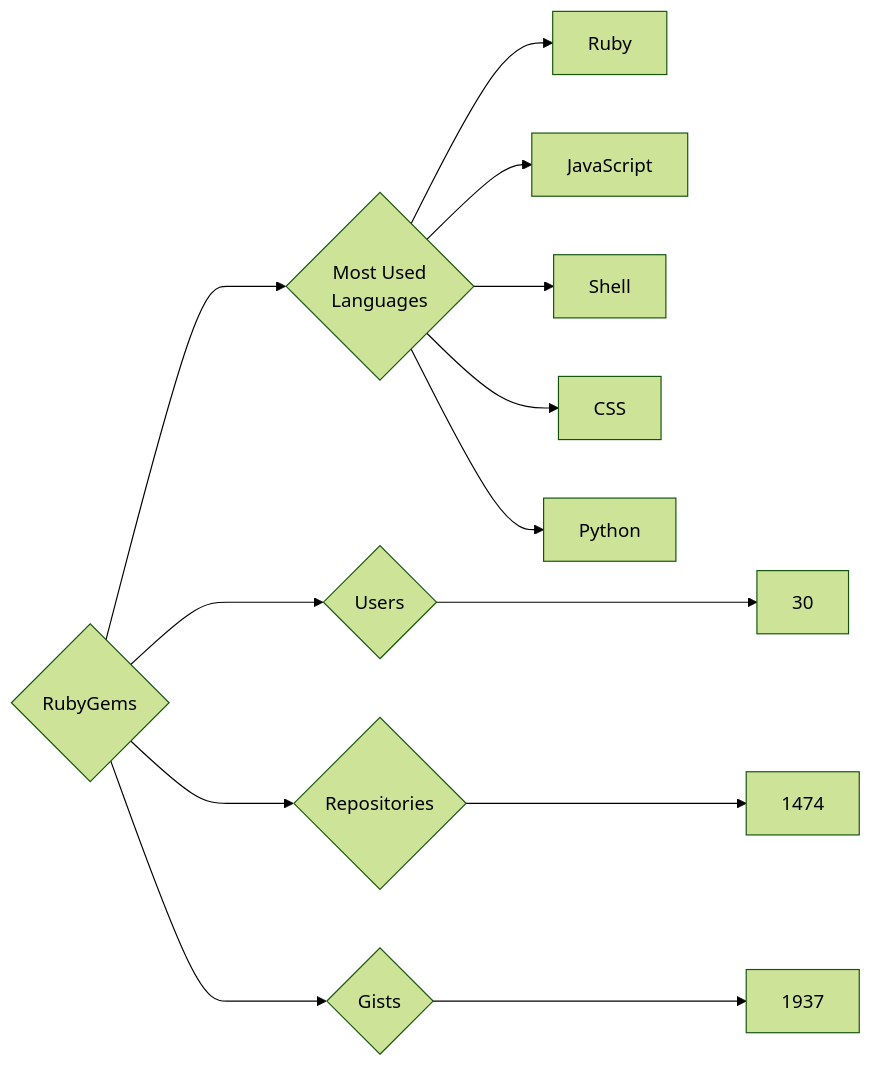
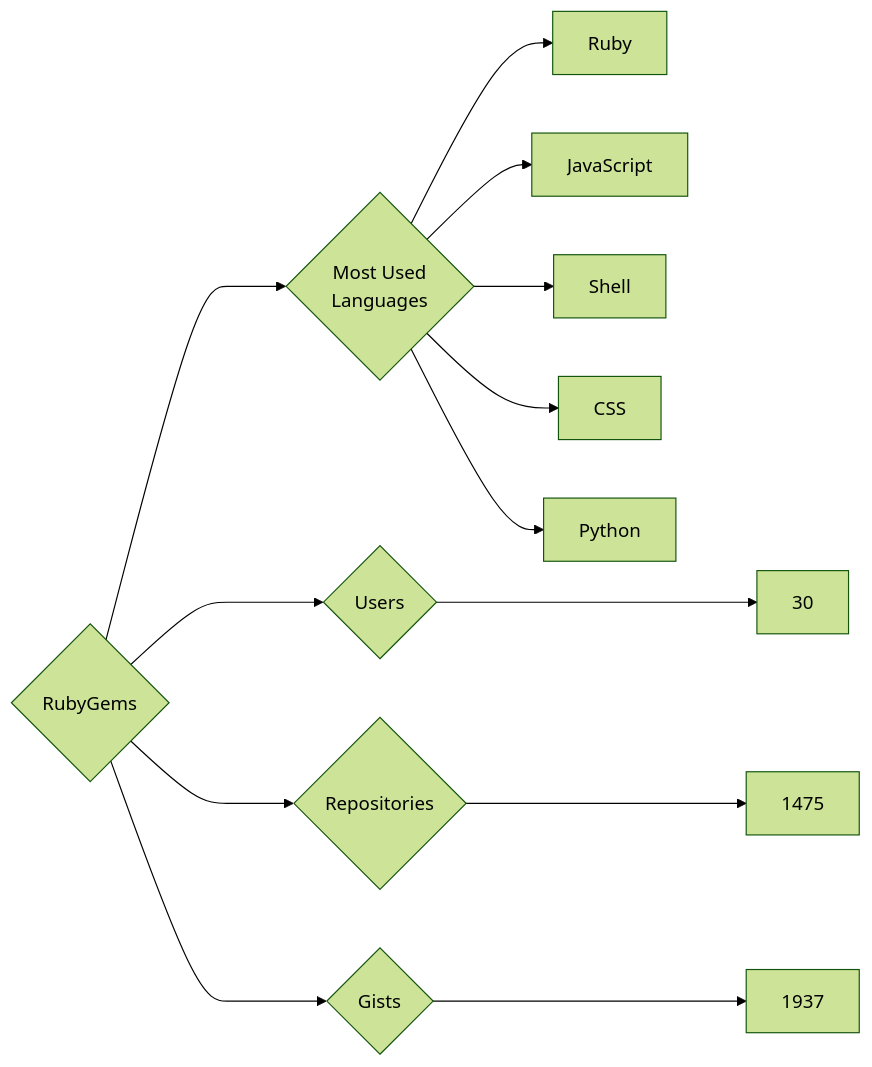
One commit to trickest/insiders changed the diagram in targets/RubyGems/README.md. Above: the diagram before and after it, drawn with Mermaid (forest theme). The commit also changed 682 other files, not shown here.

````diff
--- a/targets/RubyGems/README.md
+++ b/targets/RubyGems/README.md
@@ -3,13 +3,13 @@
 ```mermaid
 graph LR
 COMPANY_NAME{RubyGems}
 COMPANY_NAME ---> U{Users} ---> UN[30]
-COMPANY_NAME ---> R{Repositories} ---> RN[1474]
+COMPANY_NAME ---> R{Repositories} ---> RN[1475]
 COMPANY_NAME ---> G{Gists} ---> GN[1937]
 COMPANY_NAME ---> ML{Most Used<br>Languages}
 ML --> Ruby[Ruby]
 ML --> JavaScript[JavaScript]
 ML --> Shell[Shell]
 ML --> CSS[CSS]
 ML --> Python[Python]
 ```
````
